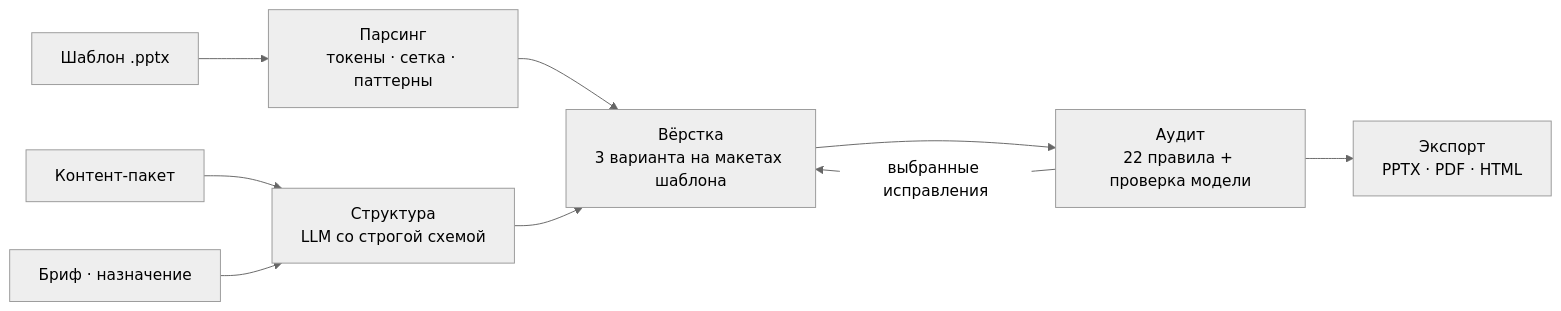
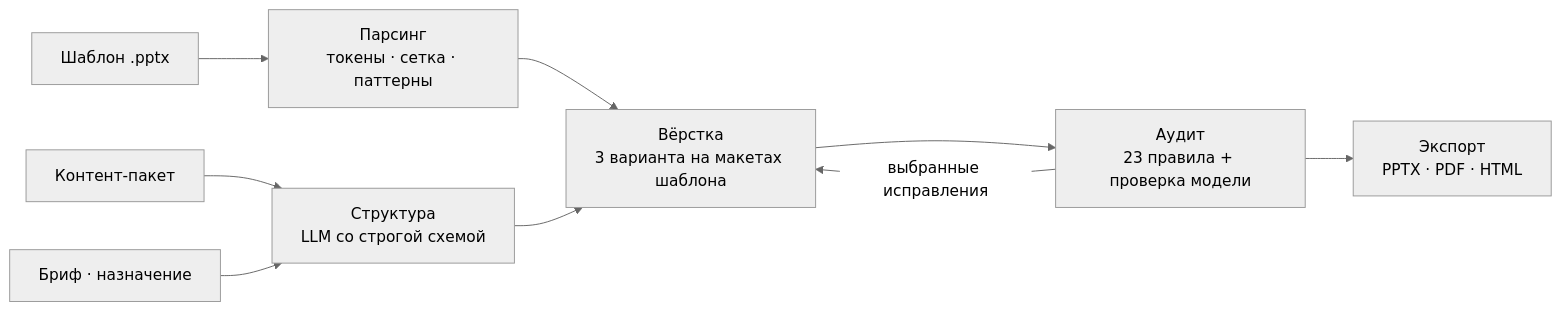
One commit to DiFoxenGit/-VKTechHackathon changed the diagram in README.md. Above: the diagram before and after it, drawn with Mermaid (neutral theme). The commit also changed other lines of this file and 7 other files, not shown here.

````diff
--- a/README.md
+++ b/README.md
@@ -80,11 +80,11 @@
 ```mermaid
 flowchart LR
     T[Шаблон .pptx] --> P[Парсинг<br/>токены · сетка · паттерны]
     C[Контент-пакет] --> G
     B[Бриф · назначение] --> G[Структура<br/>LLM со строгой схемой]
     P --> L[Вёрстка<br/>3 варианта на макетах шаблона]
     G --> L
-    L --> A[Аудит<br/>22 правила + проверка модели]
+    L --> A[Аудит<br/>23 правила + проверка модели]
     A -->|выбранные исправления| L
     A --> E[Экспорт<br/>PPTX · PDF · HTML]
 ```
````
